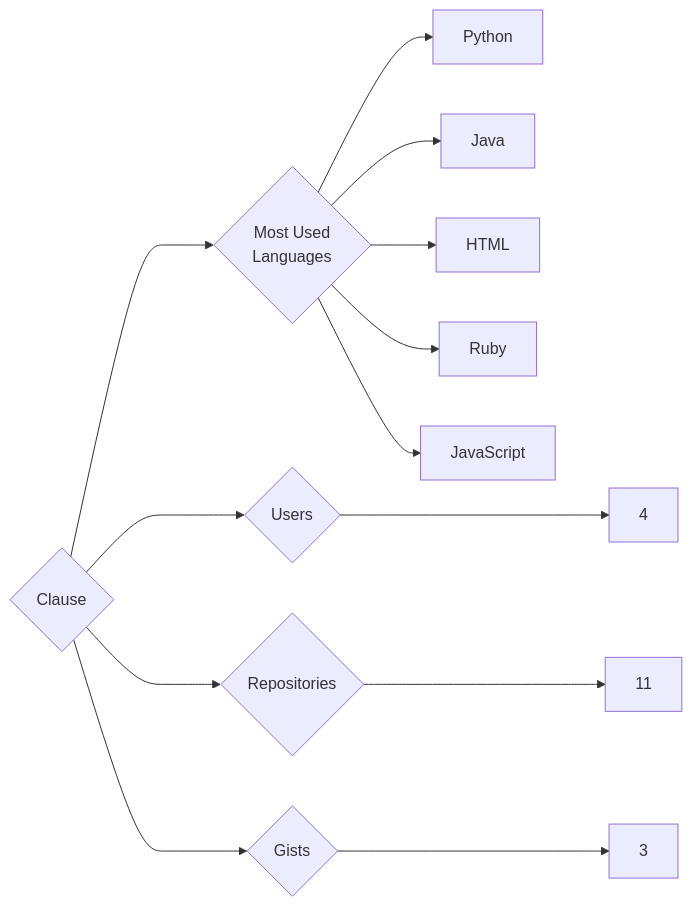
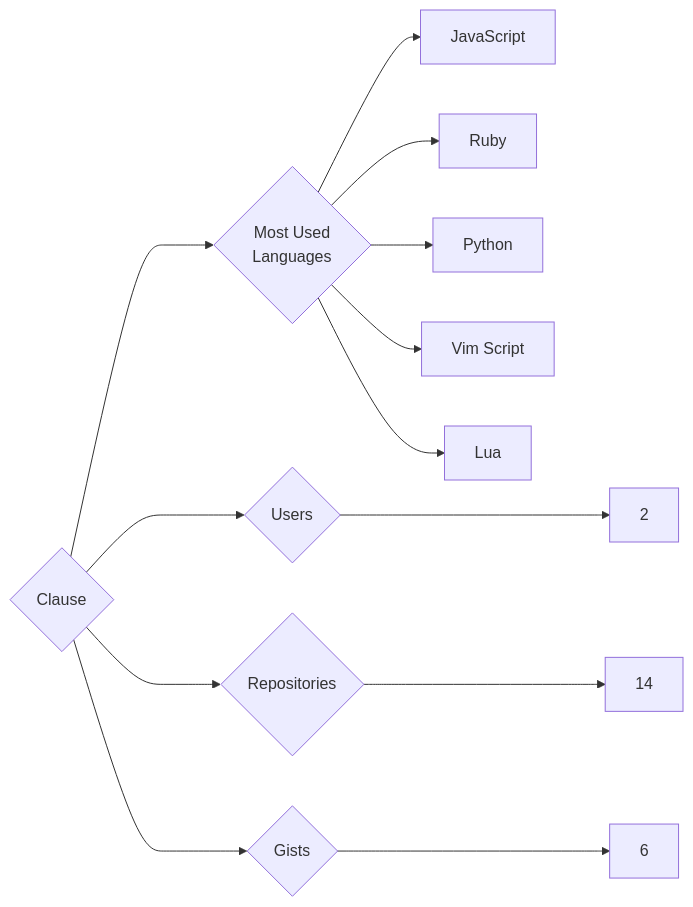
One commit to trickest/insiders changed the diagram in targets/Clause/README.md. Above: the diagram before and after it, drawn with Mermaid. The commit also changed 682 other files, not shown here.

````diff
--- a/targets/Clause/README.md
+++ b/targets/Clause/README.md
@@ -3,13 +3,13 @@
 ```mermaid
 graph LR
 COMPANY_NAME{Clause}
-COMPANY_NAME ---> U{Users} ---> UN[4]
-COMPANY_NAME ---> R{Repositories} ---> RN[11]
-COMPANY_NAME ---> G{Gists} ---> GN[3]
+COMPANY_NAME ---> U{Users} ---> UN[2]
+COMPANY_NAME ---> R{Repositories} ---> RN[14]
+COMPANY_NAME ---> G{Gists} ---> GN[6]
 COMPANY_NAME ---> ML{Most Used<br>Languages}
+ML --> JavaScript[JavaScript]
+ML --> Ruby[Ruby]
 ML --> Python[Python]
-ML --> Java[Java]
-ML --> HTML[HTML]
-ML --> Ruby[Ruby]
-ML --> JavaScript[JavaScript]
+ML --> Vim_Script[Vim Script]
+ML --> Lua[Lua]
 ```
````
